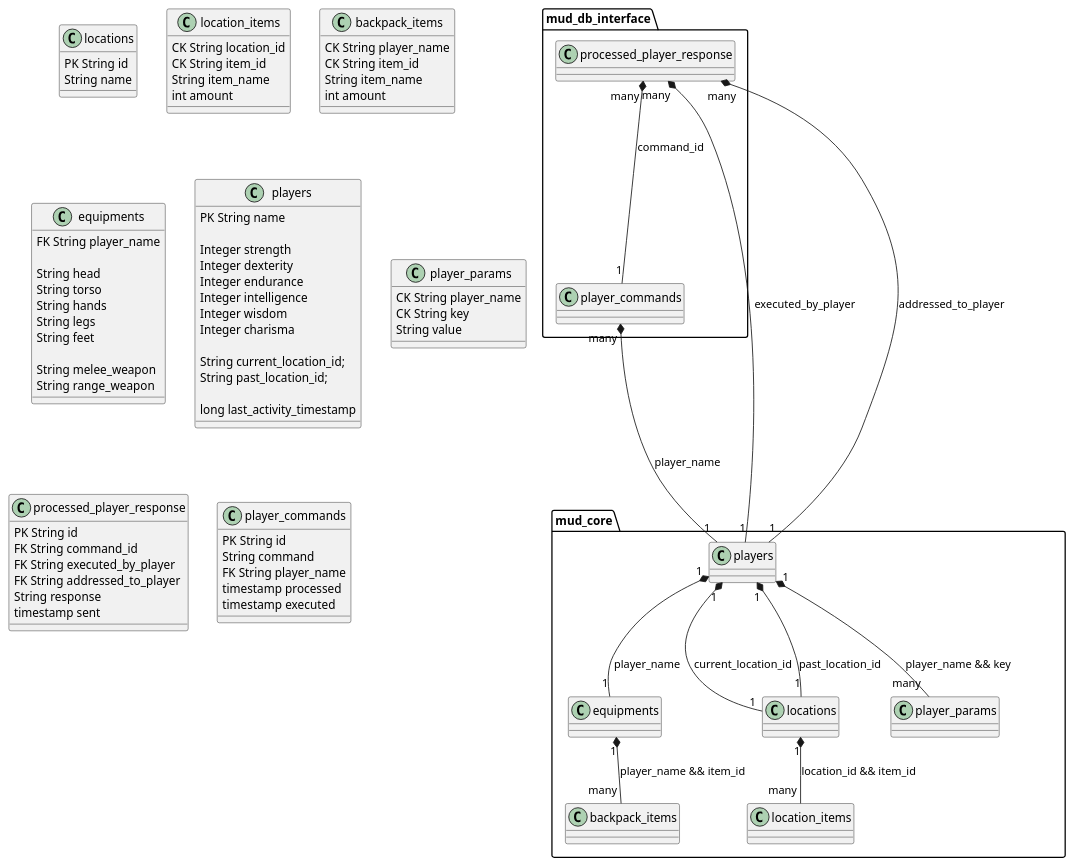
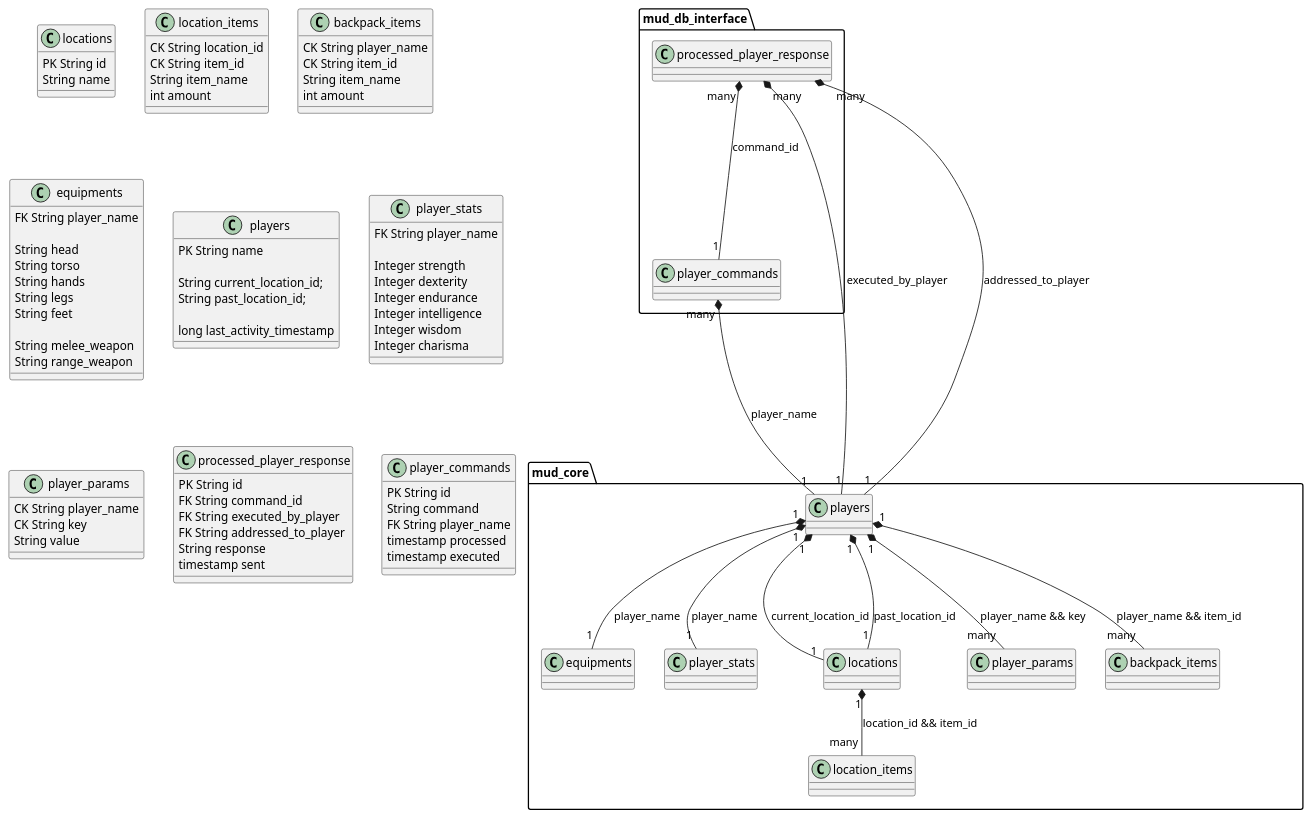
One commit to tomekbielaszewski/MUD-Engine changed the diagram in docs/db.puml. Above: the diagram before and after it, drawn with PlantUML.

Commit message:
further db schema simplification

```diff
--- a/docs/db.puml
+++ b/docs/db.puml
@@ -1,90 +1,95 @@
 @startuml
 
 package mud_core {
     players "1" *-- "1" equipments : player_name
+    players "1" *-- "1" player_stats : player_name
     players "1" *-- "1" locations : current_location_id
     players "1" *-- "1" locations : past_location_id
     locations "1" *-- "many" location_items : location_id && item_id
     players "1" *-- "many" player_params : player_name && key
-    equipments "1" *-- "many" backpack_items : player_name && item_id
+    players "1" *-- "many" backpack_items : player_name && item_id
 }
 
 package mud_db_interface {
     player_commands "many" *-- "1" players : player_name
     processed_player_response "many" *-- "1" player_commands : command_id
     processed_player_response "many" *-- "1" players : executed_by_player
     processed_player_response "many" *-- "1" players : addressed_to_player
 }
 
 class locations {
     PK String id
     String name
 }
 
 class location_items {
     CK String location_id
     CK String item_id
     String item_name
     int amount
 }
 
 class backpack_items {
     CK String player_name
     CK String item_id
     String item_name
     int amount
 }
 
 class equipments {
     FK String player_name
 
     String head
     String torso
     String hands
     String legs
     String feet
     
     String melee_weapon
     String range_weapon
 }
 
 class players {
     PK String name
+    
+    String current_location_id;
+    String past_location_id;
+
+    long last_activity_timestamp
+}
+
+class player_stats {
+    FK String player_name
 
     Integer strength
     Integer dexterity
     Integer endurance
     Integer intelligence
     Integer wisdom
     Integer charisma
-    
-    String current_location_id;
-    String past_location_id;
-
-    long last_activity_timestamp
 }
 
 class player_params {
     CK String player_name
     CK String key
     String value
 }
 
 class processed_player_response {
     PK String id
     FK String command_id
     FK String executed_by_player
     FK String addressed_to_player
     String response
     timestamp sent
 }
 
 class player_commands {
     PK String id
     String command
     FK String player_name
     timestamp processed
     timestamp executed
 }
 
 @enduml
```
